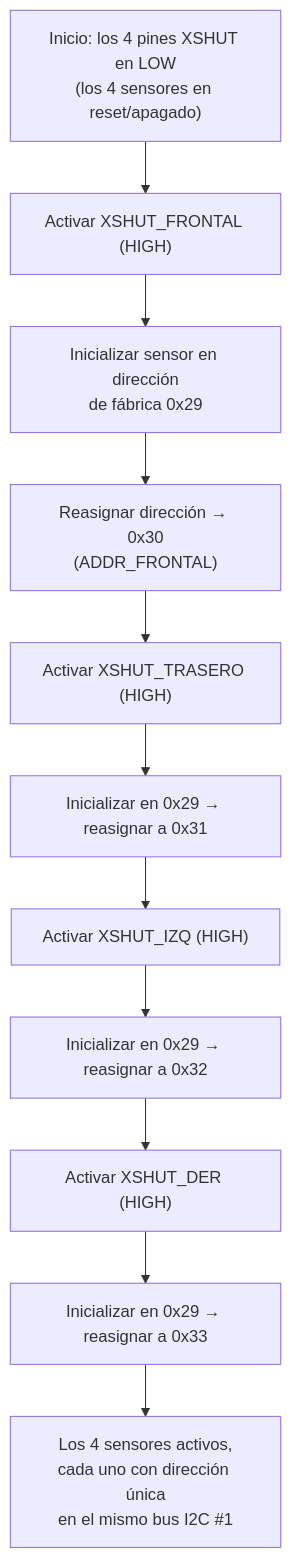
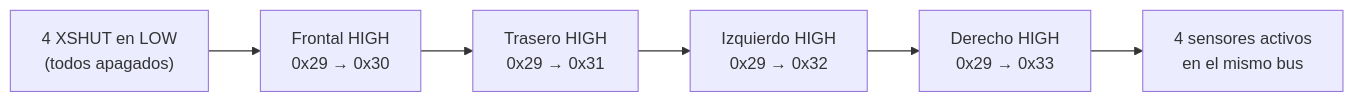
Before and after one commit to erchivox/Prometheus-Team-2026: the third of 6 diagrams in README.md, drawn with Mermaid. The commit also changed other lines of this file, not shown here.

````diff
--- a/README.md
+++ b/README.md
@@ -345,13 +293,8 @@
 ```mermaid
-flowchart TD
-    A["Inicio: los 4 pines XSHUT en LOW<br/>(los 4 sensores en reset/apagado)"] --> B["Activar XSHUT_FRONTAL (HIGH)"]
-    B --> C["Inicializar sensor en dirección<br/>de fábrica 0x29"]
-    C --> D["Reasignar dirección → 0x30<br/>(ADDR_FRONTAL)"]
-    D --> E["Activar XSHUT_TRASERO (HIGH)"]
-    E --> F["Inicializar en 0x29 → reasignar a 0x31"]
-    F --> G["Activar XSHUT_IZQ (HIGH)"]
-    G --> H["Inicializar en 0x29 → reasignar a 0x32"]
-    H --> I["Activar XSHUT_DER (HIGH)"]
-    I --> J["Inicializar en 0x29 → reasignar a 0x33"]
-    J --> K["Los 4 sensores activos,<br/>cada uno con dirección única<br/>en el mismo bus I2C #1"]
+flowchart LR
+    A["4 XSHUT en LOW<br/>(todos apagados)"] --> B["Frontal HIGH<br/>0x29 → 0x30"]
+    B --> C["Trasero HIGH<br/>0x29 → 0x31"]
+    C --> D["Izquierdo HIGH<br/>0x29 → 0x32"]
+    D --> E["Derecho HIGH<br/>0x29 → 0x33"]
+    E --> F["4 sensores activos<br/>en el mismo bus"]
 ```
````
